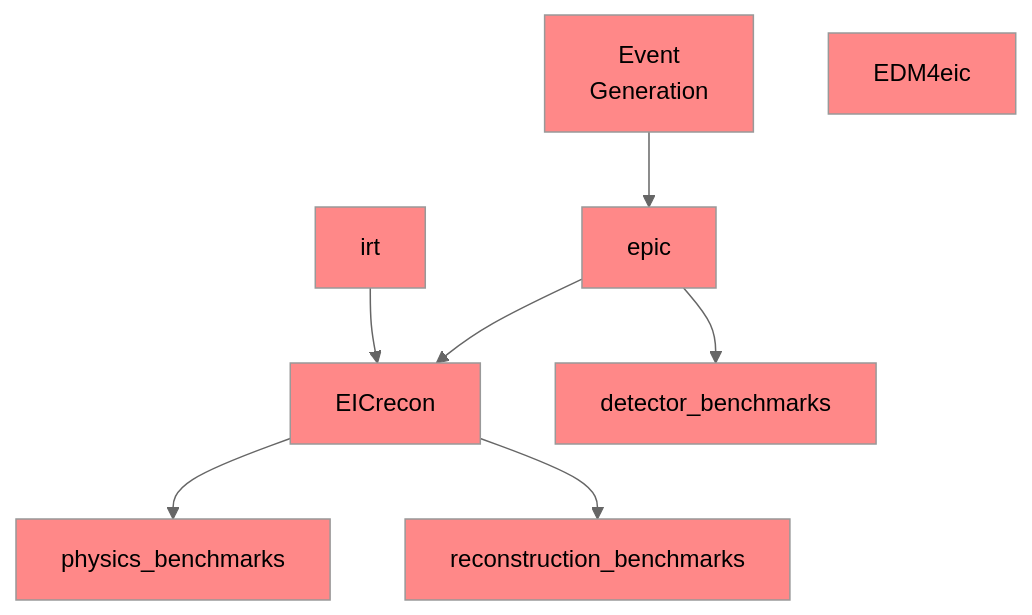
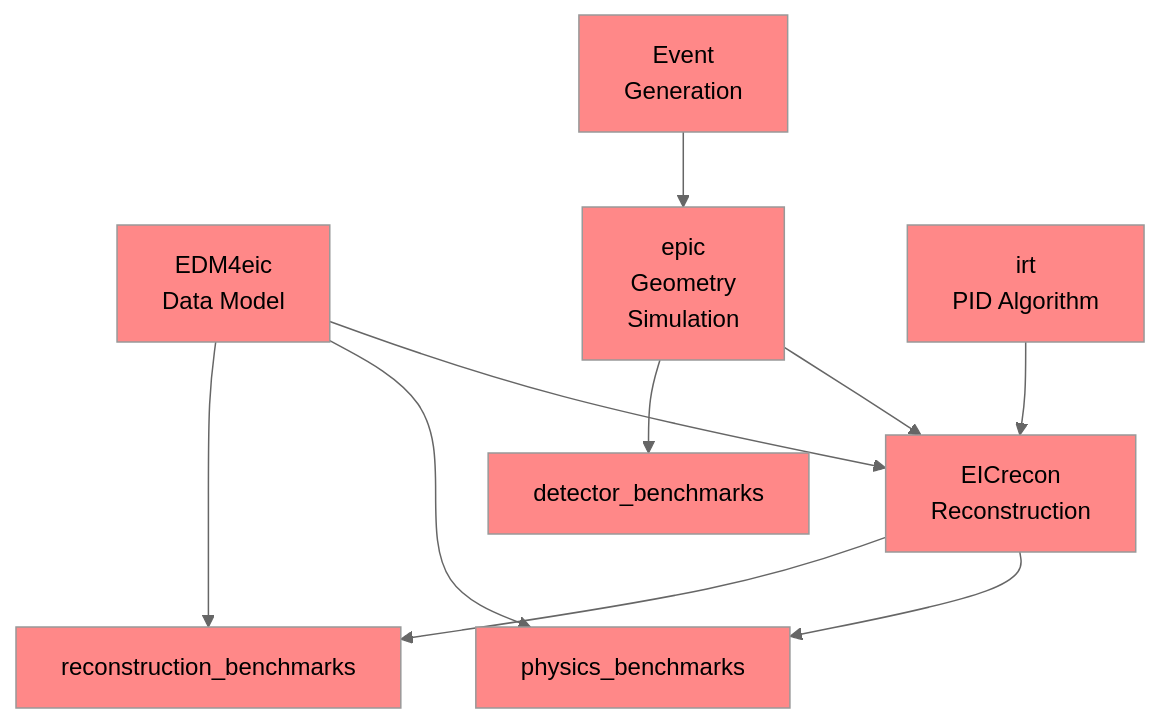
The first of 4 diagrams in README.md (eic/drich-dev), drawn with Mermaid (neutral theme) before and after one commit.

Commit message:
modified:   README.md

````diff
--- a/README.md
+++ b/README.md
@@ -197,19 +197,22 @@
 ```mermaid
 flowchart TB
   classDef epic fill:#ff8888,color:black
 
   EventGeneration[Event<br/>Generation]:::epic
-  EDM4eic[EDM4eic]:::epic
-  epic[epic]:::epic
-  irt[irt]:::epic
-  EICrecon[EICrecon]:::epic
+  EDM4eic[EDM4eic<br/>Data Model]:::epic
+  epic[epic<br/>Geometry<br/>Simulation]:::epic
+  irt[irt<br/>PID Algorithm]:::epic
+  EICrecon[EICrecon<br/>Reconstruction]:::epic
   PhysicsBenchmarks[physics_benchmarks]:::epic
   ReconstructionBenchmarks[reconstruction_benchmarks]:::epic
   DetectorBenchmarks[detector_benchmarks]:::epic
 
   EventGeneration --> epic --> EICrecon
-  epic     --> DetectorBenchmarks
-  EICrecon --> PhysicsBenchmarks
-  EICrecon --> ReconstructionBenchmarks
-  irt      --> EICrecon
+  EDM4eic         --> EICrecon
+  irt             --> EICrecon
+  epic            --> DetectorBenchmarks
+  EICrecon        --> PhysicsBenchmarks
+  EICrecon        --> ReconstructionBenchmarks
+  EDM4eic         --> PhysicsBenchmarks
+  EDM4eic         --> ReconstructionBenchmarks
 ```
````
